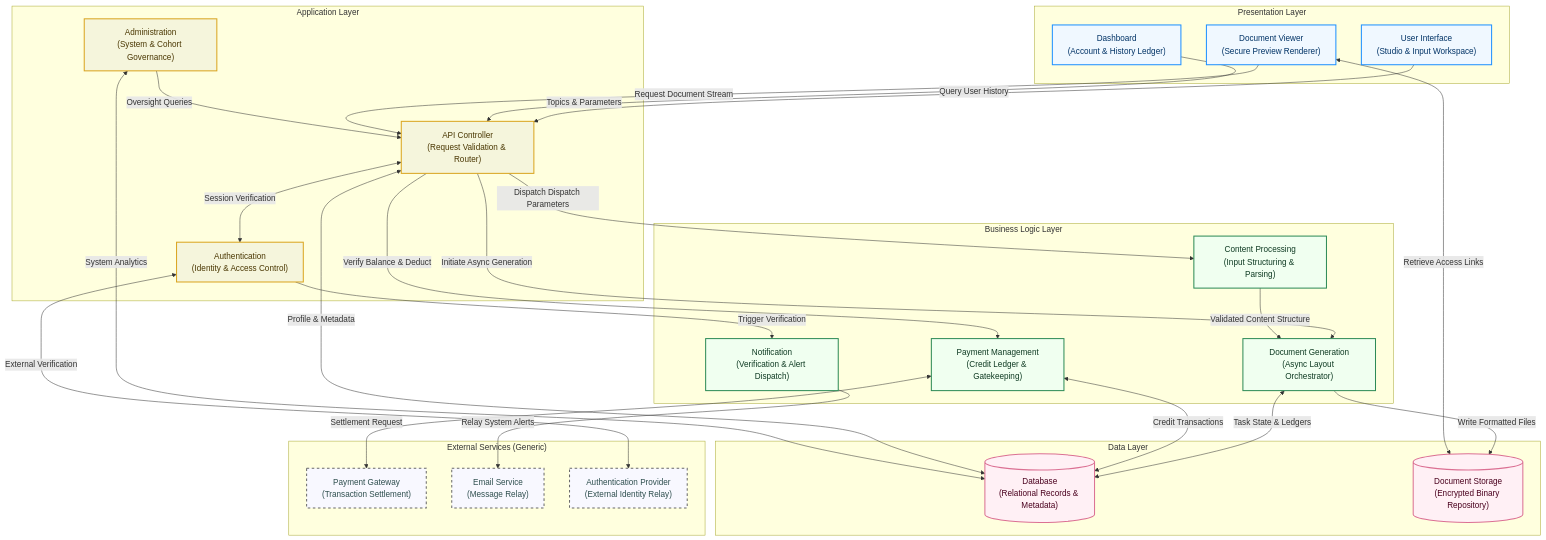
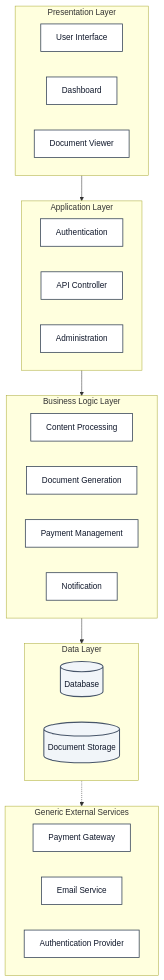
Before and after one commit to Pranay-Dommati/thestudent: the first of 3 diagrams in scrib_software_architecture_documentation.md, drawn with Mermaid. The commit also changed other lines of this file, not shown here.

Commit message:
finalized software design document

````diff
--- a/scrib_software_architecture_documentation.md
+++ b/scrib_software_architecture_documentation.md
@@ -39,71 +40,45 @@
 ```mermaid
 graph TB
-    %% Styling Definitions
-    classDef presentation fill:#f0f8ff,stroke:#1e90ff,stroke-width:2px,color:#003366;
-    classDef application fill:#f5f5dc,stroke:#daa520,stroke-width:2px,color:#4b3804;
-    classDef business fill:#f0fff0,stroke:#2e8b57,stroke-width:2px,color:#0f3b23;
-    classDef data fill:#fff0f5,stroke:#db7093,stroke-width:2px,color:#4a001e;
-    classDef external fill:#f8f8ff,stroke:#696969,stroke-dasharray: 5 5,stroke-width:2px,color:#2f4f4f;
-
-    subgraph Presentation [" Presentation Layer "]
-        UI["User Interface<br/>(Studio & Input Workspace)"]
-        DASH["Dashboard<br/>(Account & History Ledger)"]
-        VIEW["Document Viewer<br/>(Secure Preview Renderer)"]
+    subgraph L1 [Presentation Layer]
+        UI[User Interface]
+        DASH[Dashboard]
+        VIEW[Document Viewer]
     end
 
-    subgraph Application [" Application Layer "]
-        AUTH["Authentication<br/>(Identity & Access Control)"]
-        CTRL["API Controller<br/>(Request Validation & Router)"]
-        ADMIN["Administration<br/>(System & Cohort Governance)"]
+    subgraph L2 [Application Layer]
+        AUTH[Authentication]
+        CTRL[API Controller]
+        ADMIN[Administration]
     end
 
-    subgraph Business [" Business Logic Layer "]
-        PROC["Content Processing<br/>(Input Structuring & Parsing)"]
-        GEN["Document Generation<br/>(Async Layout Orchestrator)"]
-        PAY["Payment Management<br/>(Credit Ledger & Gatekeeping)"]
-        NOTIF["Notification<br/>(Verification & Alert Dispatch)"]
+    subgraph L3 [Business Logic Layer]
+        PROC[Content Processing]
+        GEN[Document Generation]
+        PAY[Payment Management]
+        NOTIF[Notification]
     end
 
-    subgraph Data [" Data Layer "]
-        DB[("Database<br/>(Relational Records & Metadata)")]
-        STORE[("Document Storage<br/>(Encrypted Binary Repository)")]
+    subgraph L4 [Data Layer]
+        DB[(Database)]
+        STORE[(Document Storage)]
     end
 
-    subgraph External [" External Services (Generic) "]
-        EXT_PAY["Payment Gateway<br/>(Transaction Settlement)"]
-        EXT_EMAIL["Email Service<br/>(Message Relay)"]
-        EXT_AUTH["Authentication Provider<br/>(External Identity Relay)"]
+    subgraph L5 [Generic External Services]
+        EXT_PAY[Payment Gateway]
+        EXT_EMAIL[Email Service]
+        EXT_AUTH[Authentication Provider]
     end
 
-    %% Layer Assignments
-    class UI,DASH,VIEW presentation;
-    class AUTH,CTRL,ADMIN application;
-    class PROC,GEN,PAY,NOTIF business;
-    class DB,STORE data;
-    class EXT_PAY,EXT_EMAIL,EXT_AUTH external;
+    %% Clean Tier-to-Tier Flow
+    L1 --> L2
+    L2 --> L3
+    L3 --> L4
+    L4 -.-> L5
 
-    %% Logical Flow Connections
-    UI -->|Topics & Parameters| CTRL
-    DASH -->|Query User History| CTRL
-    VIEW -->|Request Document Stream| CTRL
-    ADMIN -->|Oversight Queries| CTRL
+    %% Styling
+    classDef nodeStyle fill:#ffffff,stroke:#334155,stroke-width:1.5px,color:#0f172a;
+    classDef dbStyle fill:#f1f5f9,stroke:#475569,stroke-width:2px,color:#0f172a;
 
-    CTRL <-->|Session Verification| AUTH
-    AUTH <-->|External Verification| EXT_AUTH
-    CTRL -->|Dispatch Dispatch Parameters| PROC
-    CTRL -->|Verify Balance & Deduct| PAY
-    CTRL -->|Initiate Async Generation| GEN
-
-    PROC -->|Validated Content Structure| GEN
-    PAY <-->|Settlement Request| EXT_PAY
-    NOTIF -->|Relay System Alerts| EXT_EMAIL
-    AUTH -->|Trigger Verification| NOTIF
-
-    GEN <-->|Task State & Ledgers| DB
-    PAY <-->|Credit Transactions| DB
-    CTRL <-->|Profile & Metadata| DB
-    ADMIN <-->|System Analytics| DB
-
-    GEN -->|Write Formatted Files| STORE
-    VIEW <-->|Retrieve Access Links| STORE
+    class UI,DASH,VIEW,AUTH,CTRL,ADMIN,PROC,GEN,PAY,NOTIF,EXT_PAY,EXT_EMAIL,EXT_AUTH nodeStyle;
+    class DB,STORE dbStyle;
 ```
````
